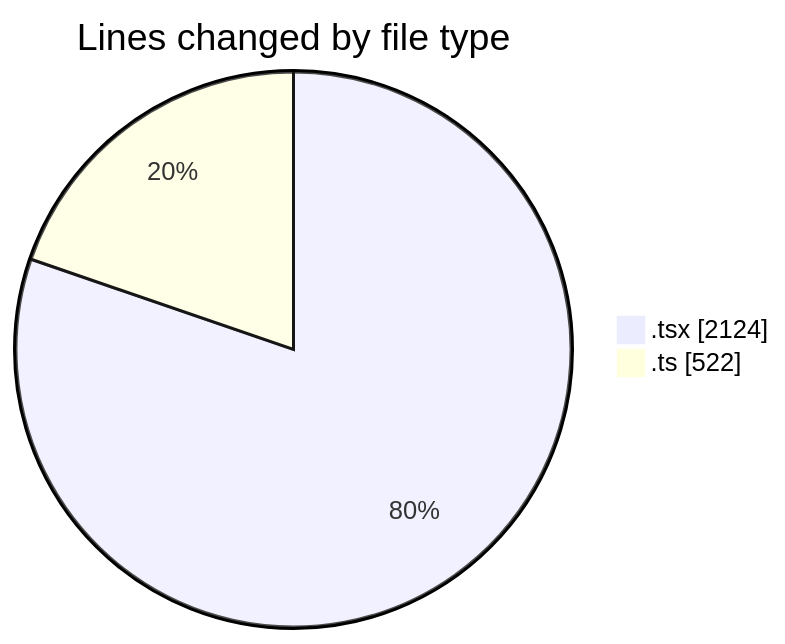
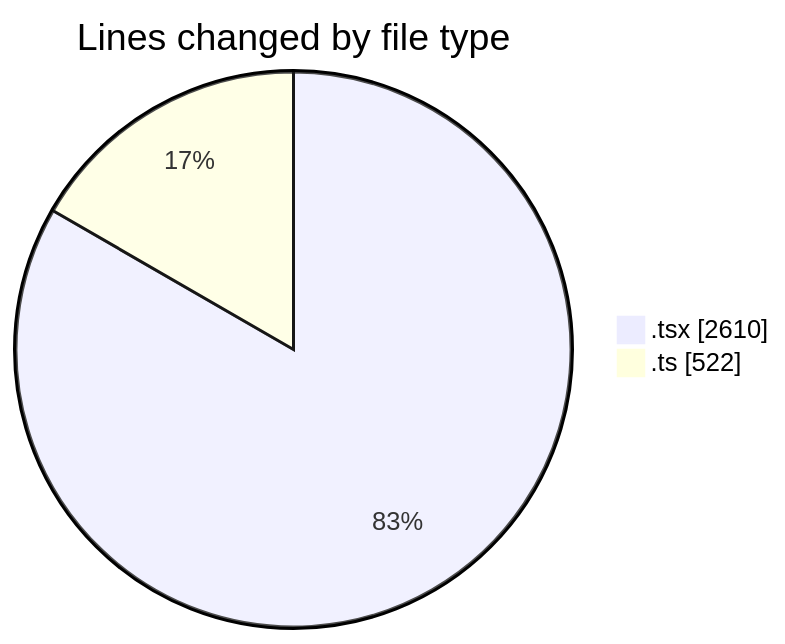
One commit to nxtqubesakshisongat/code-tracking changed the first of 2 diagrams in 2026-04-03/nxtqube_webapp/README.md. Above: the diagram before and after it, drawn with Mermaid. The commit also changed other lines of this file and 1 other file, not shown here.

````diff
--- a/2026-04-03/nxtqube_webapp/README.md
+++ b/2026-04-03/nxtqube_webapp/README.md
@@ -22,6 +22,6 @@
 ```mermaid
 pie showData
 title Lines changed by file type
-".tsx" : 2124
+".tsx" : 2610
 ".ts" : 522
 ```
````
